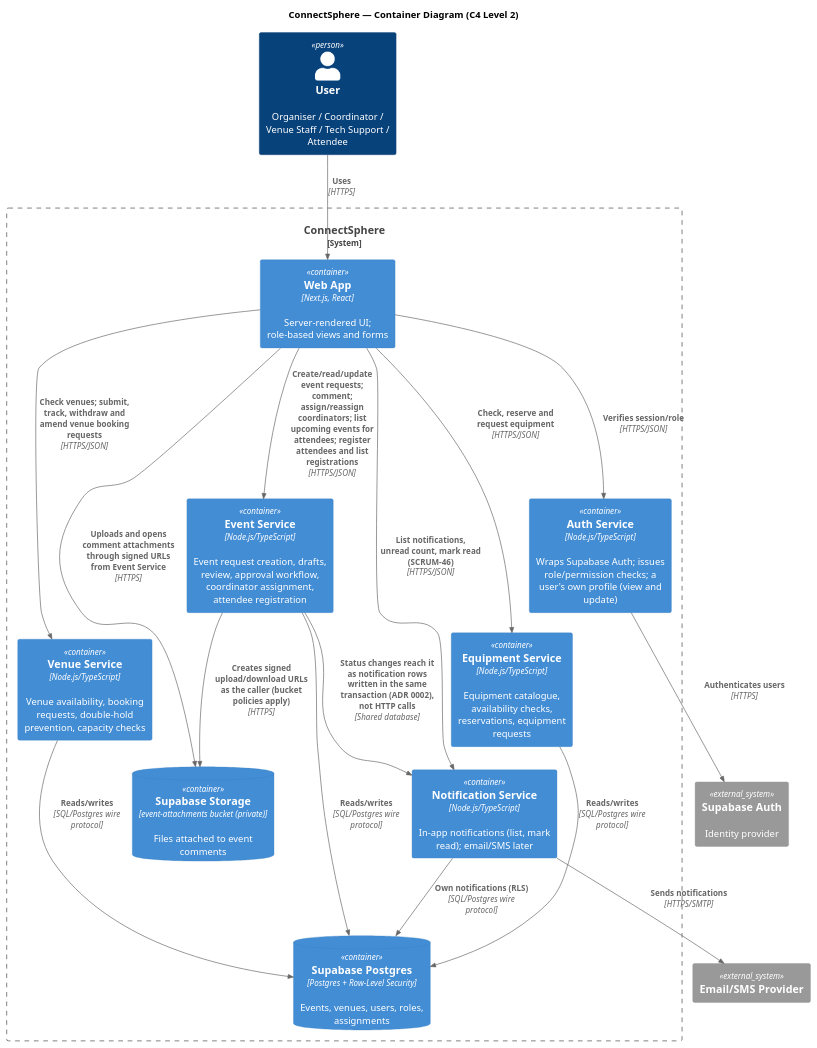
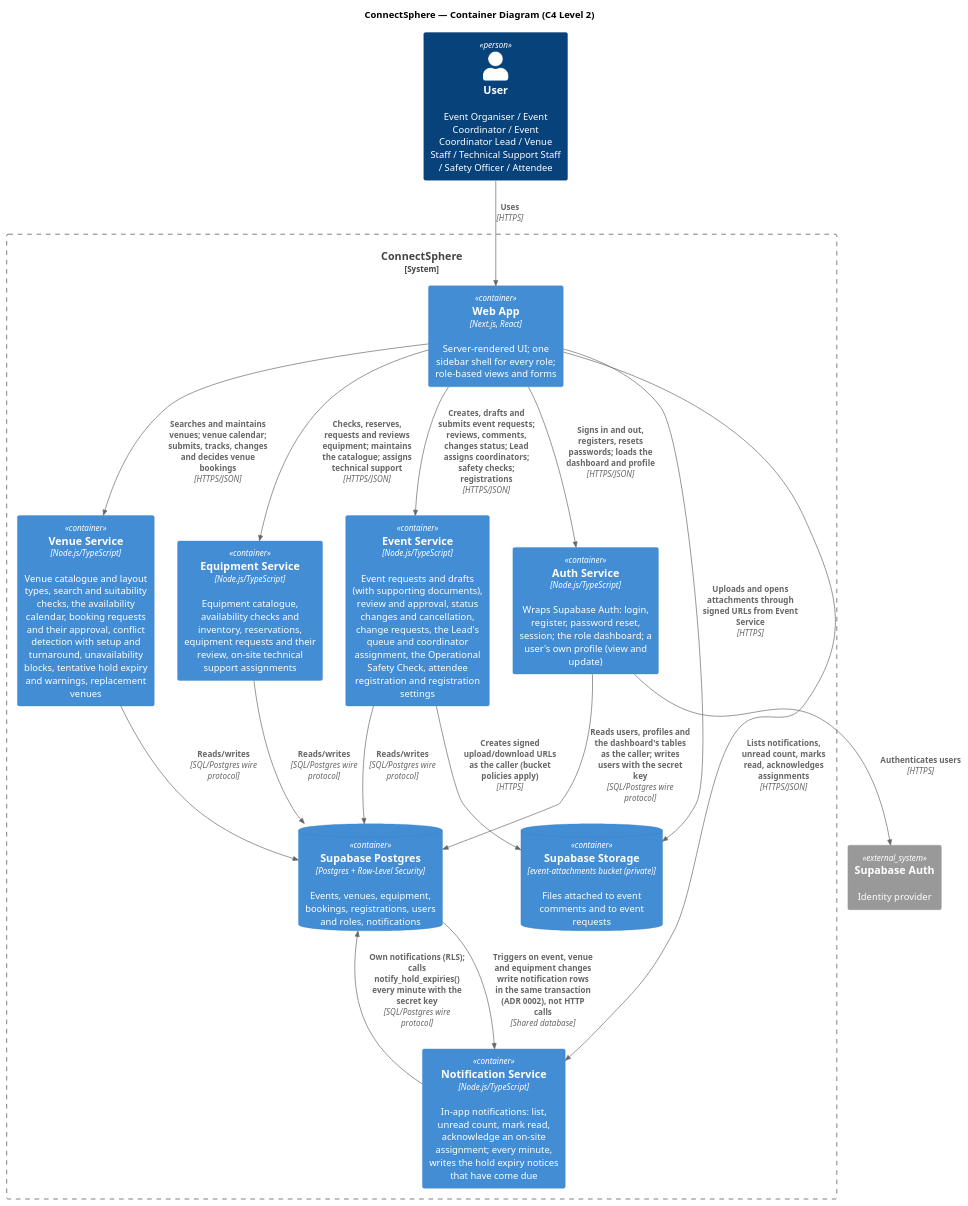
One commit to danjaii/SPM-T5 changed the diagram in docs/architecture/c4/container.puml. Above: the diagram before and after it, drawn with PlantUML. The commit also changed 12 other files, not shown here.

Commit message:
docs - Update C4 diagrams, drop email/SMS, remove current-state.md (#201)

```diff
--- a/docs/architecture/c4/container.puml
+++ b/docs/architecture/c4/container.puml
@@ -1,43 +1,45 @@
 @startuml container
 !include <C4/C4_Container>
 
 title ConnectSphere — Container Diagram (C4 Level 2)
+' Notifications are in-app only: email and SMS are not part of this project (docs/scope-decisions.md).
+' Services never call each other: they share one database (ADR 0001), and a notification is a row written by a trigger or
+' security definer function in the same transaction as the change it announces (ADR 0002).
 
-Person(user, "User", "Organiser / Coordinator / Venue Staff / Tech Support / Attendee")
+Person(user, "User", "Event Organiser / Event Coordinator / Event Coordinator Lead / Venue Staff / Technical Support Staff / Safety Officer / Attendee")
 
 System_Boundary(connectsphere, "ConnectSphere") {
-  Container(web, "Web App", "Next.js, React", "Server-rendered UI; role-based views and forms")
+  Container(web, "Web App", "Next.js, React", "Server-rendered UI; one sidebar shell for every role; role-based views and forms")
 
-  Container(authSvc, "Auth Service", "Node.js/TypeScript", "Wraps Supabase Auth; issues role/permission checks; a user's own profile (view and update)")
-  Container(eventSvc, "Event Service", "Node.js/TypeScript", "Event request creation, drafts, review, approval workflow, coordinator assignment, attendee registration")
-  Container(venueSvc, "Venue Service", "Node.js/TypeScript", "Venue availability, booking requests, double-hold prevention, capacity checks")
-  Container(equipmentSvc, "Equipment Service", "Node.js/TypeScript", "Equipment catalogue, availability checks, reservations, equipment requests")
-  Container(notificationSvc, "Notification Service", "Node.js/TypeScript", "In-app notifications (list, mark read); email/SMS later")
+  Container(authSvc, "Auth Service", "Node.js/TypeScript", "Wraps Supabase Auth: login, register, password reset, session; the role dashboard; a user's own profile (view and update)")
+  Container(eventSvc, "Event Service", "Node.js/TypeScript", "Event requests and drafts (with supporting documents), review and approval, status changes and cancellation, change requests, the Lead's queue and coordinator assignment, the Operational Safety Check, attendee registration and registration settings")
+  Container(venueSvc, "Venue Service", "Node.js/TypeScript", "Venue catalogue and layout types, search and suitability checks, the availability calendar, booking requests and their approval, conflict detection with setup and turnaround, unavailability blocks, tentative hold expiry and warnings, replacement venues")
+  Container(equipmentSvc, "Equipment Service", "Node.js/TypeScript", "Equipment catalogue, availability checks and inventory, reservations, equipment requests and their review, on-site technical support assignments")
+  Container(notificationSvc, "Notification Service", "Node.js/TypeScript", "In-app notifications: list, unread count, mark read, acknowledge an on-site assignment; every minute, writes the hold expiry notices that have come due")
 
-  ContainerDb(db, "Supabase Postgres", "Postgres + Row-Level Security", "Events, venues, users, roles, assignments")
-  ContainerDb(storage, "Supabase Storage", "event-attachments bucket (private)", "Files attached to event comments")
+  ContainerDb(db, "Supabase Postgres", "Postgres + Row-Level Security", "Events, venues, equipment, bookings, registrations, users and roles, notifications")
+  ContainerDb(storage, "Supabase Storage", "event-attachments bucket (private)", "Files attached to event comments and to event requests")
 }
 
 System_Ext(supabaseAuth, "Supabase Auth", "Identity provider")
-System_Ext(emailProvider, "Email/SMS Provider")
 
 Rel(user, web, "Uses", "HTTPS")
 
-Rel(web, authSvc, "Verifies session/role", "HTTPS/JSON")
-Rel(web, eventSvc, "Create/read/update event requests; comment; assign/reassign coordinators; list upcoming events for attendees; register attendees and list registrations", "HTTPS/JSON")
-Rel(web, venueSvc, "Check venues; submit, track, withdraw and amend venue booking requests", "HTTPS/JSON")
-Rel(web, equipmentSvc, "Check, reserve and request equipment", "HTTPS/JSON")
-Rel(web, notificationSvc, "List notifications, unread count, mark read (SCRUM-46)", "HTTPS/JSON")
-Rel(web, storage, "Uploads and opens comment attachments through signed URLs from Event Service", "HTTPS")
+Rel(web, authSvc, "Signs in and out, registers, resets passwords; loads the dashboard and profile", "HTTPS/JSON")
+Rel(web, eventSvc, "Creates, drafts and submits event requests; reviews, comments, changes status; Lead assigns coordinators; safety checks; registrations", "HTTPS/JSON")
+Rel(web, venueSvc, "Searches and maintains venues; venue calendar; submits, tracks, changes and decides venue bookings", "HTTPS/JSON")
+Rel(web, equipmentSvc, "Checks, reserves, requests and reviews equipment; maintains the catalogue; assigns technical support", "HTTPS/JSON")
+Rel(web, notificationSvc, "Lists notifications, unread count, marks read, acknowledges assignments", "HTTPS/JSON")
+Rel(web, storage, "Uploads and opens attachments through signed URLs from Event Service", "HTTPS")
 
 Rel(authSvc, supabaseAuth, "Authenticates users", "HTTPS")
+Rel(authSvc, db, "Reads users, profiles and the dashboard's tables as the caller; writes users with the secret key", "SQL/Postgres wire protocol")
 Rel(eventSvc, db, "Reads/writes", "SQL/Postgres wire protocol")
 Rel(venueSvc, db, "Reads/writes", "SQL/Postgres wire protocol")
 Rel(equipmentSvc, db, "Reads/writes", "SQL/Postgres wire protocol")
-Rel(notificationSvc, db, "Own notifications (RLS)", "SQL/Postgres wire protocol")
+Rel(notificationSvc, db, "Own notifications (RLS); calls notify_hold_expiries() every minute with the secret key", "SQL/Postgres wire protocol")
 Rel(eventSvc, storage, "Creates signed upload/download URLs as the caller (bucket policies apply)", "HTTPS")
 
-Rel(eventSvc, notificationSvc, "Status changes reach it as notification rows written in the same transaction (ADR 0002), not HTTP calls", "Shared database")
-Rel(notificationSvc, emailProvider, "Sends notifications", "HTTPS/SMTP")
+Rel(db, notificationSvc, "Triggers on event, venue and equipment changes write notification rows in the same transaction (ADR 0002), not HTTP calls", "Shared database")
 
 @enduml
```
